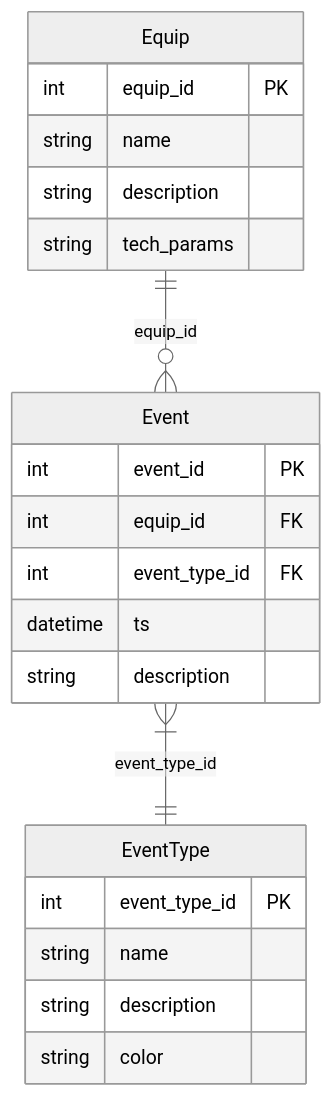
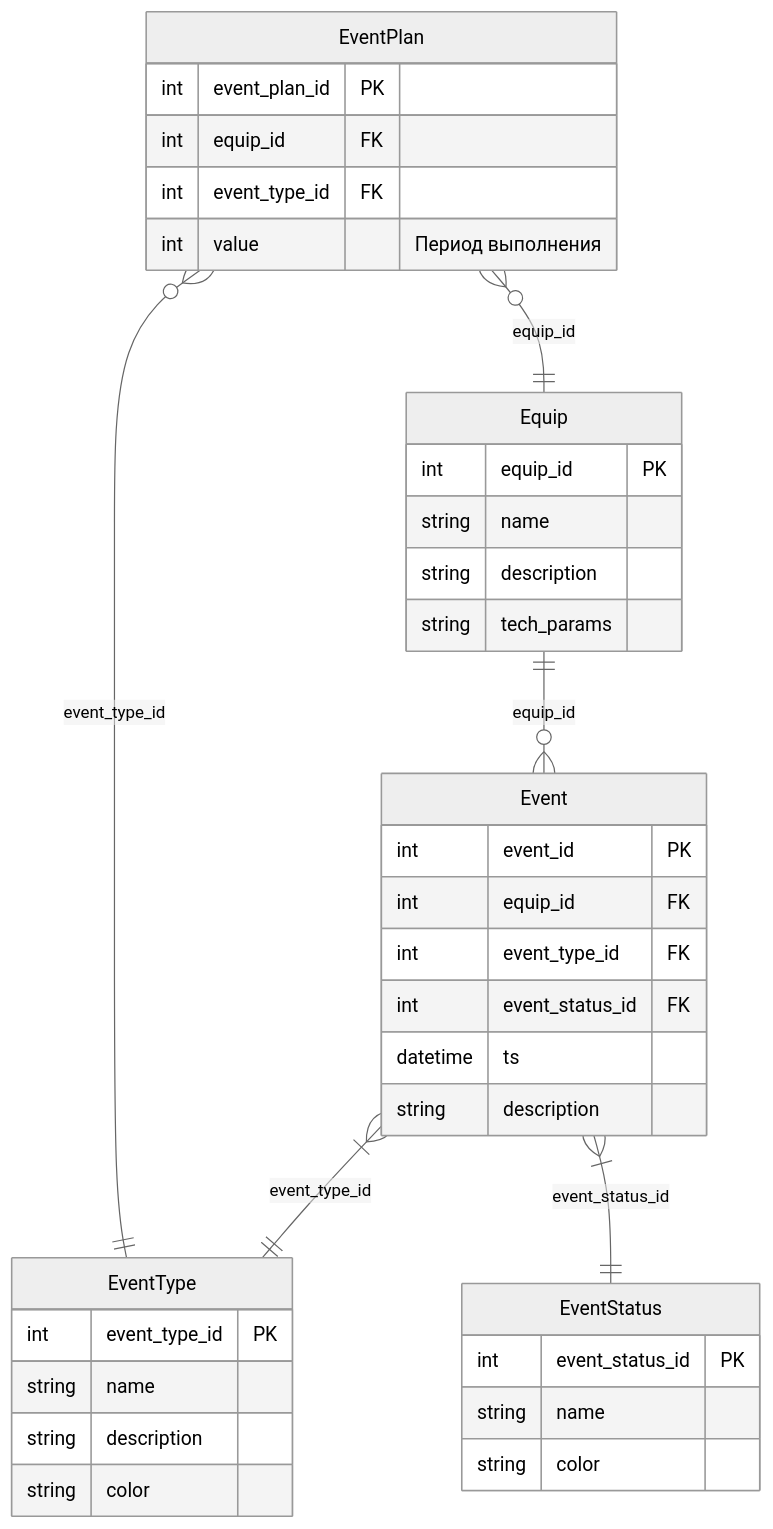
The diagram in docs/database.md (Konstantin-Dudersky/maintenance), drawn with Mermaid before and after one commit. The commit also changed 7 other files, not shown here.

````diff
--- a/docs/database.md
+++ b/docs/database.md
@@ -3,25 +3,50 @@
 ```mermaid
 %%{init: {'theme':'neutral'}}%%
 erDiagram
  	Equip ||--o{ Event : equip_id
  	Event }|--|| EventType : event_type_id
+ 	Event }|--|| EventStatus : event_status_id
+ 	EventPlan }o--|| Equip : equip_id
+ 	EventPlan }o--|| EventType : event_type_id
+ 	
     Equip {
         int equip_id PK
         string name
         string description
         string tech_params
     }
-    Event {
-    	int event_id PK
-    	int equip_id FK
-    	int event_type_id FK
-    	datetime ts
-    	string description
-    }
+    
+    %% Плановые / внеплановые работы
     EventType {
     	int event_type_id PK
     	string name
     	string description
     	string color
     }
+    
+    %% План / в работе / выполнено
+    EventStatus {
+    	int event_status_id PK
+    	string name
+    	string color
+    }
+    
+    %% Планируемые работы, составление расписания
+    EventPlan {
+    	int event_plan_id PK
+    	int equip_id FK
+    	int event_type_id FK
+    	int value "Период выполнения"
+    }
+    
+    %% Факт. работы
+    Event {
+    	int event_id PK
+    	int equip_id FK
+    	int event_type_id FK
+    	int event_status_id FK
+    	datetime ts
+    	string description
+    }
+    
 ```
````
